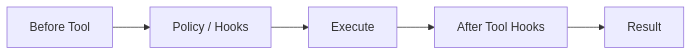
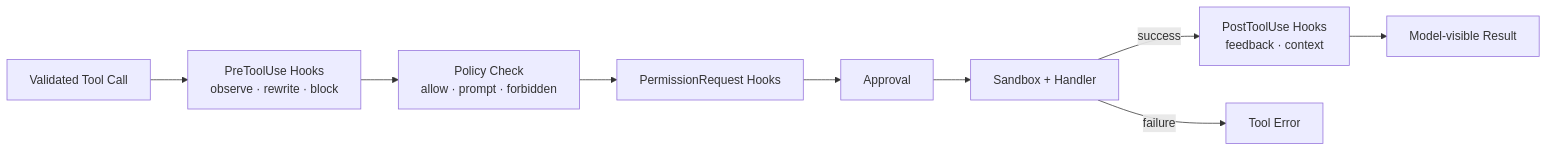
One commit to zz1403489227-crypto/learn-codex changed the diagram in s09_hooks_and_policy/README.md. Above: the diagram before and after it, drawn with Mermaid. The commit also changed other lines of this file and 5 other files, not shown here.

Commit message:
feat(s09): add hooks and policy lesson

````diff
--- a/s09_hooks_and_policy/README.md
+++ b/s09_hooks_and_policy/README.md
@@ -3,7 +3,11 @@
 ```mermaid
 flowchart LR
-    B["Before Tool"] --> P["Policy / Hooks"]
-    P --> E["Execute"]
-    E --> A["After Tool Hooks"]
-    A --> R["Result"]
+    C["Validated Tool Call"] --> H1["PreToolUse Hooks<br/>observe · rewrite · block"]
+    H1 --> P["Policy Check<br/>allow · prompt · forbidden"]
+    P --> PR["PermissionRequest Hooks"]
+    PR --> A["Approval"]
+    A --> S["Sandbox + Handler"]
+    S -->|success| H2["PostToolUse Hooks<br/>feedback · context"]
+    S -->|failure| F["Tool Error"]
+    H2 --> R["Model-visible Result"]
 ```
````
